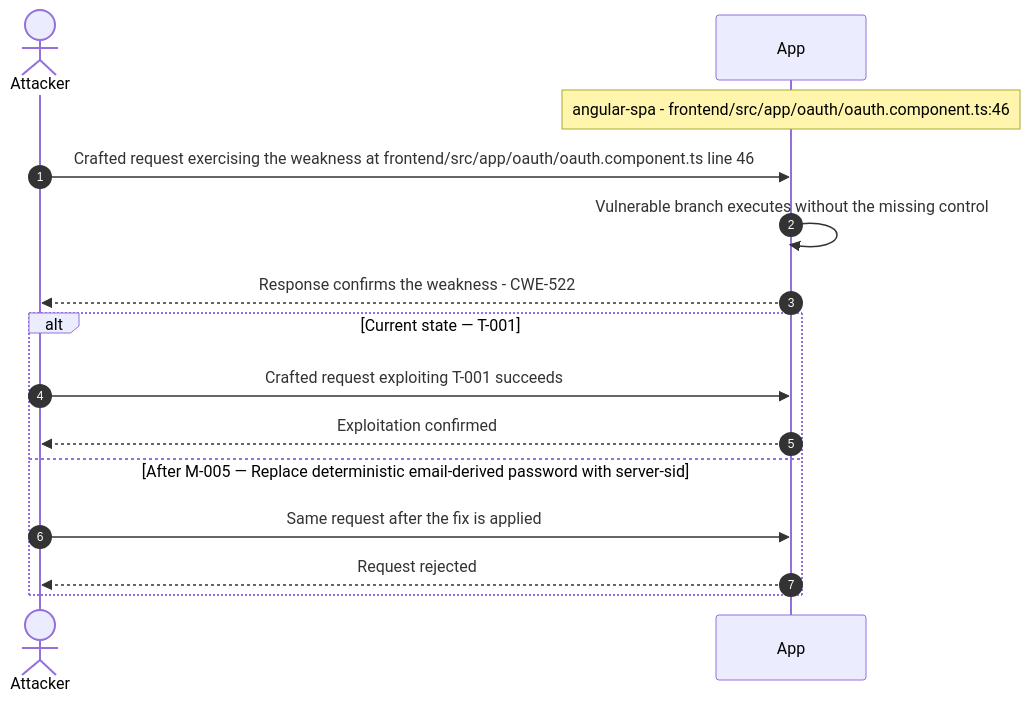
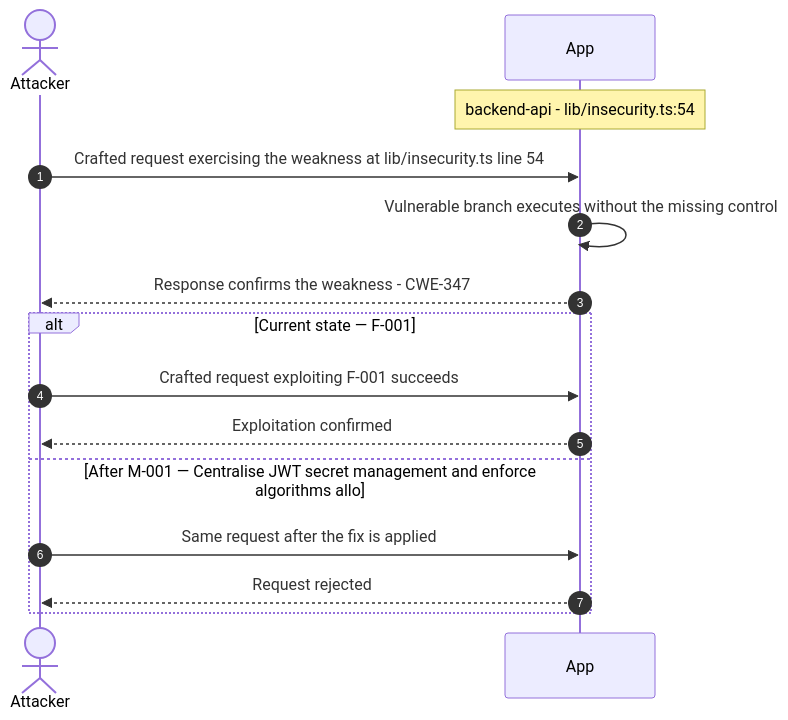
Before and after one commit to appsec-foundry/appsec-advisor: the eighth of 27 diagrams in examples/threat-modeler/threat-model-juice-shop-standard.md, drawn with Mermaid. The commit also changed other lines of this file and 3 other files, not shown here.

````diff
--- a/examples/threat-modeler/threat-model-juice-shop-standard.md
+++ b/examples/threat-modeler/threat-model-juice-shop-standard.md
@@ -504,17 +585,17 @@
 ```mermaid
 sequenceDiagram
     autonumber
     actor Attacker
     participant App
-    Note over App: angular-spa - frontend/src/app/oauth/oauth.component.ts:46
-    Attacker->>App: Crafted request exercising the weakness at frontend/src/app/oauth/oauth.component.ts line 46
+    Note over App: backend-api - lib/insecurity.ts:54
+    Attacker->>App: Crafted request exercising the weakness at lib/insecurity.ts line 54
     App->>App: Vulnerable branch executes without the missing control
-    App-->>Attacker: Response confirms the weakness - CWE-522
-    alt Current state — T-001
-        Attacker->>App: Crafted request exploiting T-001 succeeds
+    App-->>Attacker: Response confirms the weakness - CWE-347
+    alt Current state — F-001
+        Attacker->>App: Crafted request exploiting F-001 succeeds
         App-->>Attacker: Exploitation confirmed
-    else After M-005 — Replace deterministic email-derived password with server-sid
+    else After M-001 — Centralise JWT secret management and enforce algorithms allo
         Attacker->>App: Same request after the fix is applied
         App-->>Attacker: Request rejected
     end
 ```
````
